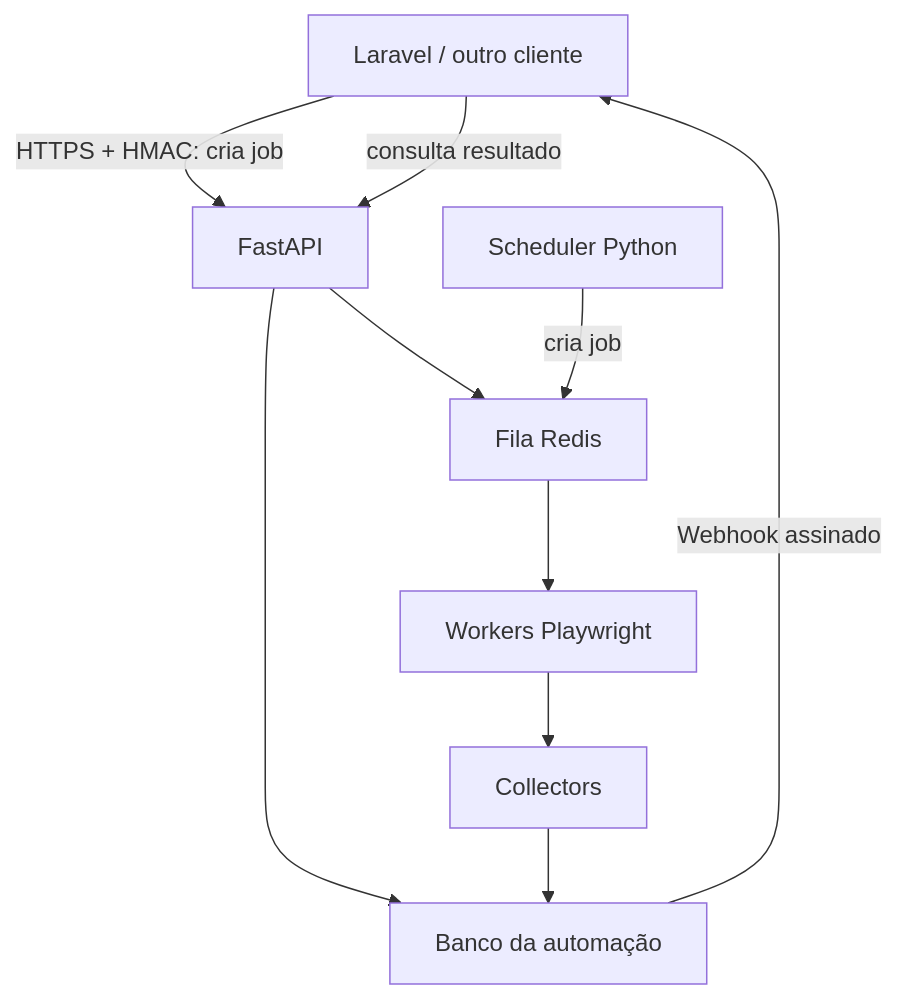
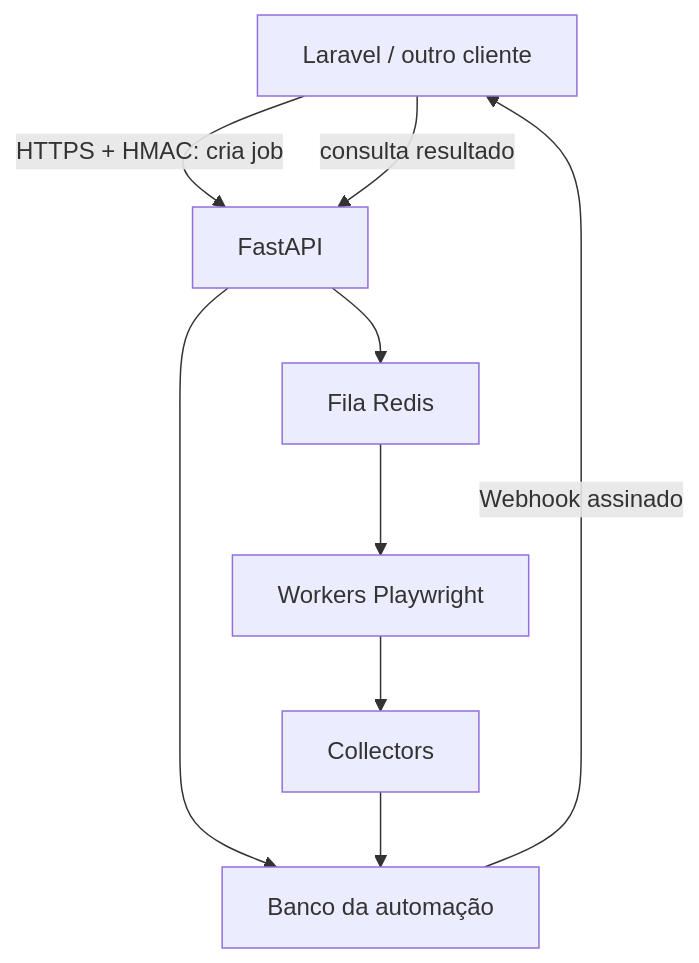
One commit to DionathanSys/automation changed the first of 3 diagrams in ESPECIFICACAO_INTEGRACAO_AUTOMACAO_PYTHON_LARAVEL.md. Above: the diagram before and after it, drawn with Mermaid. The commit also changed other lines of this file and 35 other files, not shown here.

````diff
--- a/ESPECIFICACAO_INTEGRACAO_AUTOMACAO_PYTHON_LARAVEL.md
+++ b/ESPECIFICACAO_INTEGRACAO_AUTOMACAO_PYTHON_LARAVEL.md
@@ -30,12 +33,11 @@
 ```mermaid
 flowchart TD
     L["Laravel / outro cliente"] -->|"HTTPS + HMAC: cria job"| API["FastAPI"]
-    S["Scheduler Python"] -->|"cria job"| Q["Fila Redis"]
     API --> DB["Banco da automação"]
-    API --> Q
+    API --> Q["Fila Redis"]
     Q --> W["Workers Playwright"]
     W --> C["Collectors"]
     C --> DB
     DB -->|"Webhook assinado"| L
     L -->|"consulta resultado"| API
 ```
````
